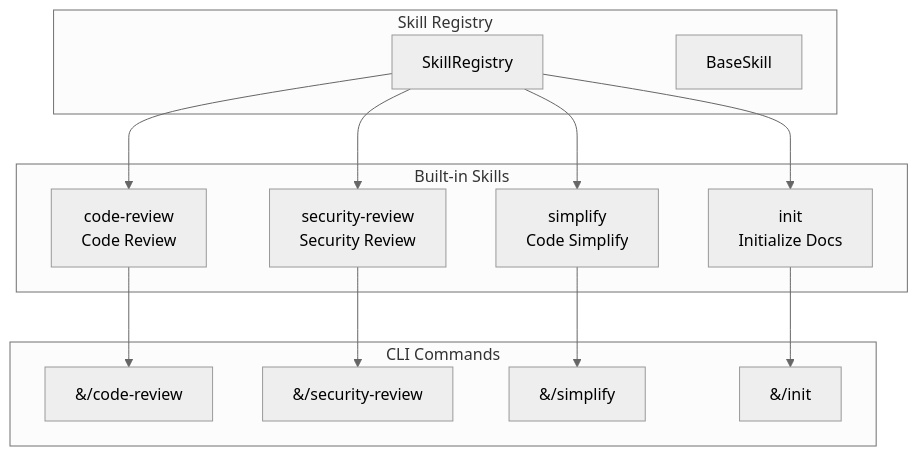
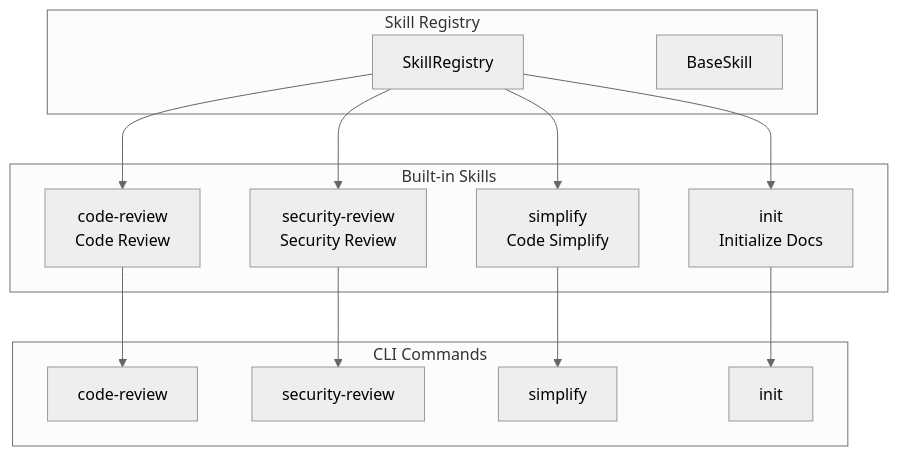
Before and after one commit to dyu55/My-Agent: diagram 11 of 11 in ROADMAP.md, drawn with Mermaid (neutral theme).

Commit message:
fix: remove HTML entities from Mermaid diagram

````diff
--- a/ROADMAP.md
+++ b/ROADMAP.md
@@ -429,27 +429,27 @@
 ```mermaid
 flowchart TD
     subgraph SkillRegistry["Skill Registry"]
         R1[SkillRegistry]
         R2[BaseSkill]
     end
 
     subgraph BuiltInSkills["Built-in Skills"]
         S1["code-review<br/>Code Review"]
         S2["security-review<br/>Security Review"]
         S3["simplify<br/>Code Simplify"]
         S4["init<br/>Initialize Docs"]
     end
 
     subgraph CLICommands["CLI Commands"]
-        C1["&#47;code-review"]
-        C2["&#47;security-review"]
-        C3["&#47;simplify"]
-        C4["&#47;init"]
+        C1["code-review"]
+        C2["security-review"]
+        C3["simplify"]
+        C4["init"]
     end
 
     R1 --> S1 & S2 & S3 & S4
     S1 --> C1
     S2 --> C2
     S3 --> C3
     S4 --> C4
 ```
````
